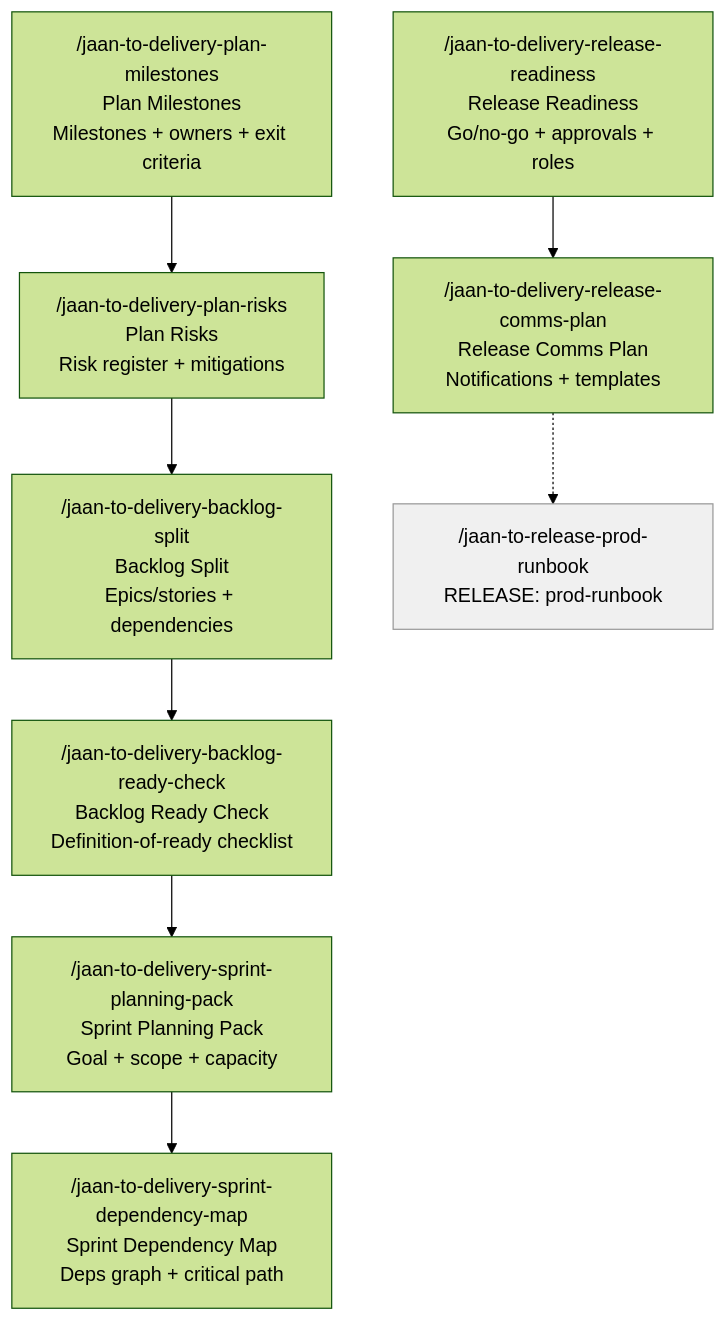
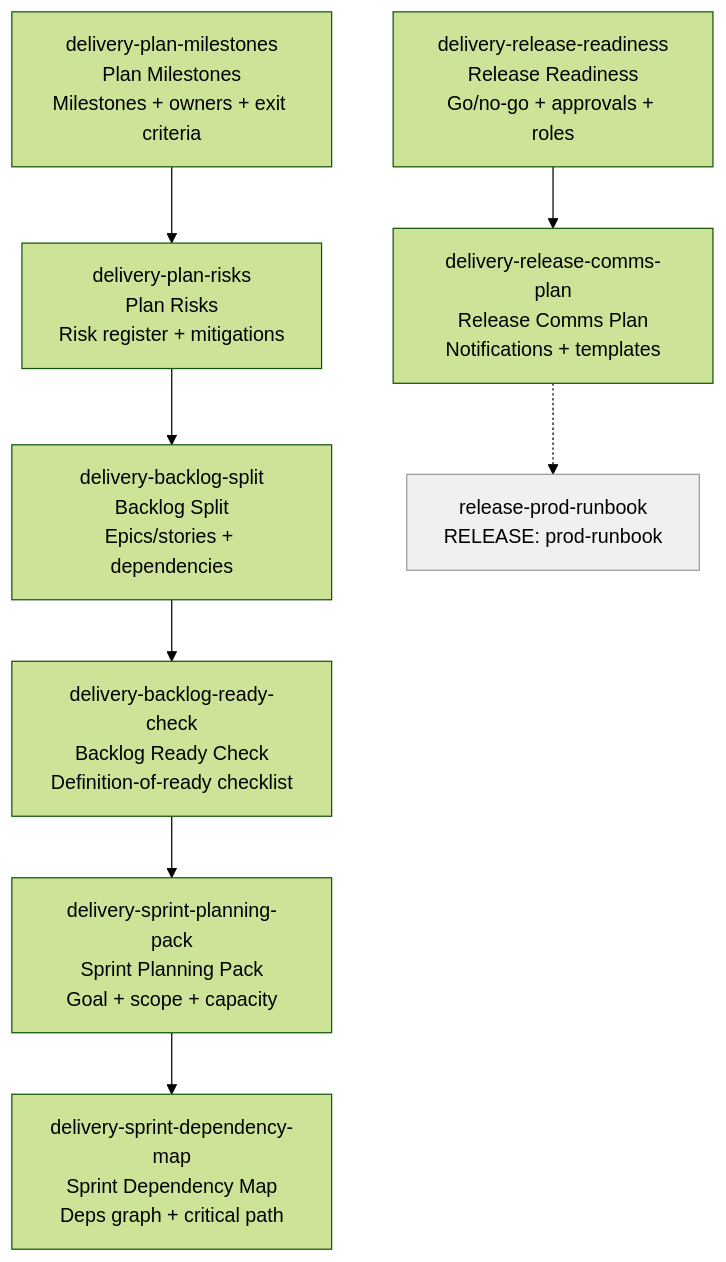
Before and after one commit to parhumm/jaan-to: the diagram in roadmaps/jaan-to/tasks/role-skills/delivery.md, drawn with Mermaid (forest theme). The commit also changed 10 other files, not shown here.

First line of the commit message:
fix(roadmap): Fix Mermaid userflow schemas across all 11 role-skills files

````diff
--- a/roadmaps/jaan-to/tasks/role-skills/delivery.md
+++ b/roadmaps/jaan-to/tasks/role-skills/delivery.md
@@ -9,12 +9,12 @@
 ```mermaid
 flowchart TD
-    jaan-to-delivery-plan-milestones["/jaan-to-delivery-plan-milestones\nPlan Milestones\nMilestones + owners + exit criteria"] --> jaan-to-delivery-plan-risks["/jaan-to-delivery-plan-risks\nPlan Risks\nRisk register + mitigations"]
-    jaan-to-delivery-plan-risks["/jaan-to-delivery-plan-risks\nPlan Risks\nRisk register + mitigations"] --> jaan-to-delivery-backlog-split["/jaan-to-delivery-backlog-split\nBacklog Split\nEpics/stories + dependencies"]
-    jaan-to-delivery-backlog-split["/jaan-to-delivery-backlog-split\nBacklog Split\nEpics/stories + dependencies"] --> jaan-to-delivery-backlog-ready-check["/jaan-to-delivery-backlog-ready-check\nBacklog Ready Check\nDefinition-of-ready checklist"]
-    jaan-to-delivery-backlog-ready-check["/jaan-to-delivery-backlog-ready-check\nBacklog Ready Check\nDefinition-of-ready checklist"] --> jaan-to-delivery-sprint-planning-pack["/jaan-to-delivery-sprint-planning-pack\nSprint Planning Pack\nGoal + scope + capacity"]
-    jaan-to-delivery-sprint-planning-pack["/jaan-to-delivery-sprint-planning-pack\nSprint Planning Pack\nGoal + scope + capacity"] --> jaan-to-delivery-sprint-dependency-map["/jaan-to-delivery-sprint-dependency-map\nSprint Dependency Map\nDeps graph + critical path"]
-    jaan-to-delivery-release-readiness["/jaan-to-delivery-release-readiness\nRelease Readiness\nGo/no-go + approvals + roles"] --> jaan-to-delivery-release-comms-plan["/jaan-to-delivery-release-comms-plan\nRelease Comms Plan\nNotifications + templates"]
-    jaan-to-delivery-release-comms-plan["/jaan-to-delivery-release-comms-plan\nRelease Comms Plan\nNotifications + templates"] -.-> jaan-to-release-prod-runbook["/jaan-to-release-prod-runbook\nRELEASE: prod-runbook"]
+    jaan-to-delivery-plan-milestones["delivery-plan-milestones<br>Plan Milestones<br>Milestones + owners + exit criteria"] --> jaan-to-delivery-plan-risks["delivery-plan-risks<br>Plan Risks<br>Risk register + mitigations"]
+    jaan-to-delivery-plan-risks["delivery-plan-risks<br>Plan Risks<br>Risk register + mitigations"] --> jaan-to-delivery-backlog-split["delivery-backlog-split<br>Backlog Split<br>Epics/stories + dependencies"]
+    jaan-to-delivery-backlog-split["delivery-backlog-split<br>Backlog Split<br>Epics/stories + dependencies"] --> jaan-to-delivery-backlog-ready-check["delivery-backlog-ready-check<br>Backlog Ready Check<br>Definition-of-ready checklist"]
+    jaan-to-delivery-backlog-ready-check["delivery-backlog-ready-check<br>Backlog Ready Check<br>Definition-of-ready checklist"] --> jaan-to-delivery-sprint-planning-pack["delivery-sprint-planning-pack<br>Sprint Planning Pack<br>Goal + scope + capacity"]
+    jaan-to-delivery-sprint-planning-pack["delivery-sprint-planning-pack<br>Sprint Planning Pack<br>Goal + scope + capacity"] --> jaan-to-delivery-sprint-dependency-map["delivery-sprint-dependency-map<br>Sprint Dependency Map<br>Deps graph + critical path"]
+    jaan-to-delivery-release-readiness["delivery-release-readiness<br>Release Readiness<br>Go/no-go + approvals + roles"] --> jaan-to-delivery-release-comms-plan["delivery-release-comms-plan<br>Release Comms Plan<br>Notifications + templates"]
+    jaan-to-delivery-release-comms-plan["delivery-release-comms-plan<br>Release Comms Plan<br>Notifications + templates"] -.-> jaan-to-release-prod-runbook["release-prod-runbook<br>RELEASE: prod-runbook"]
 
     style jaan-to-release-prod-runbook fill:#f0f0f0,stroke:#999
 ```
````
